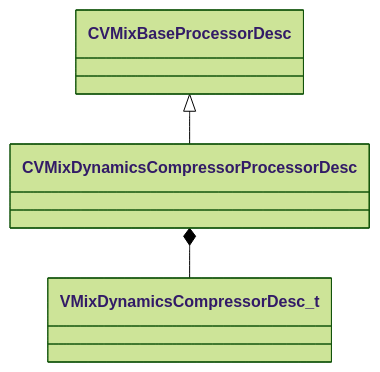
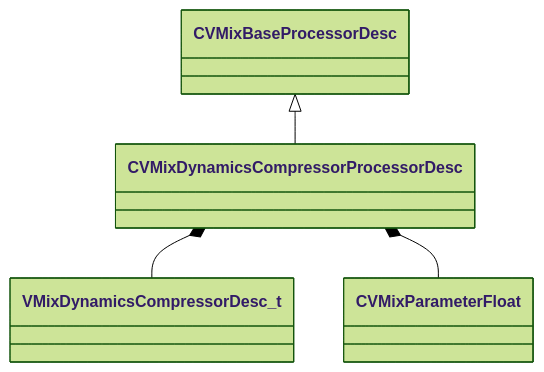
Before and after one commit to CS2OpenDev/CS2OpenDev-Docs: the diagram in docs/generated/schemas/soundsystem_lowlevel/CVMixDynamicsCompressorProcessorDesc.md, drawn with Mermaid (forest theme). The commit also changed other lines of this file and 4654 other files, not shown here.

Commit message:
docs: regenerate for SchemaTracker build 25947352 [skip ci]

````diff
--- a/docs/generated/schemas/soundsystem_lowlevel/CVMixDynamicsCompressorProcessorDesc.md
+++ b/docs/generated/schemas/soundsystem_lowlevel/CVMixDynamicsCompressorProcessorDesc.md
@@ -19,5 +19,6 @@
 ```mermaid
 classDiagram
     CVMixBaseProcessorDesc <|-- CVMixDynamicsCompressorProcessorDesc
     CVMixDynamicsCompressorProcessorDesc *-- VMixDynamicsCompressorDesc_t
+    CVMixDynamicsCompressorProcessorDesc *-- CVMixParameterFloat
 ```
````
